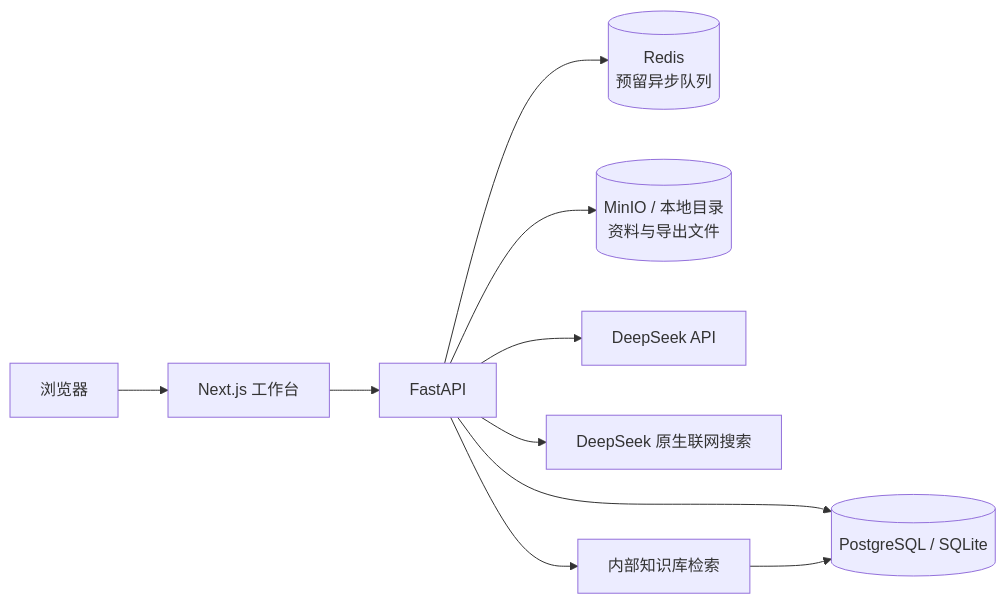
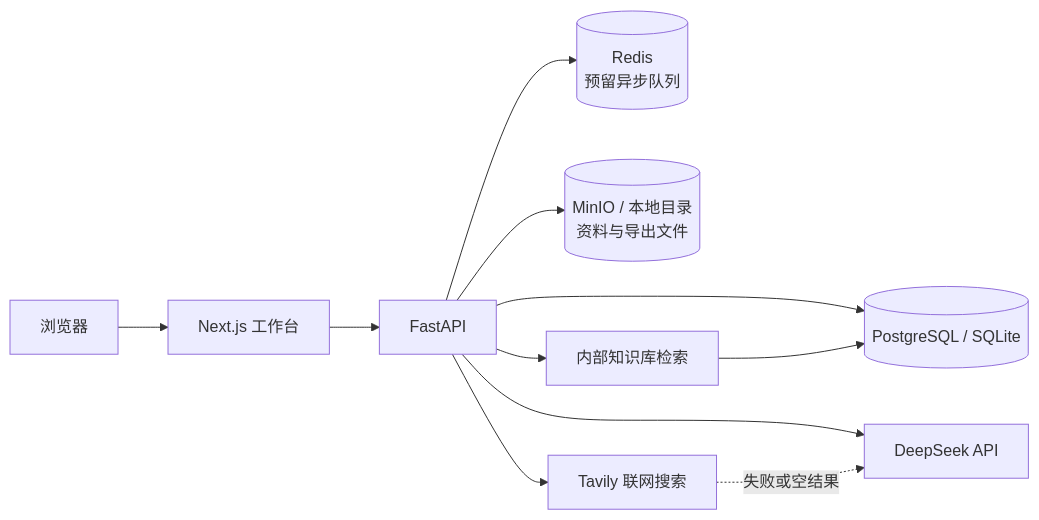
One commit to yooyoui/AgentDemo changed the first of 2 diagrams in README.md. Above: the diagram before and after it, drawn with Mermaid. The commit also changed other lines of this file and 10 other files, not shown here.

````diff
--- a/README.md
+++ b/README.md
@@ -23,12 +23,13 @@
 ```mermaid
 flowchart LR
     U[浏览器] --> F[Next.js 工作台]
     F --> A[FastAPI]
     A --> D[(PostgreSQL / SQLite)]
     A --> R[(Redis\n预留异步队列)]
     A --> O[(MinIO / 本地目录\n资料与导出文件)]
     A --> L[DeepSeek API]
-    A --> T[DeepSeek 原生联网搜索]
+    A --> T[Tavily 联网搜索]
+    T -. 失败或空结果 .-> L
     A --> K[内部知识库检索]
     K --> D
 ```
````
